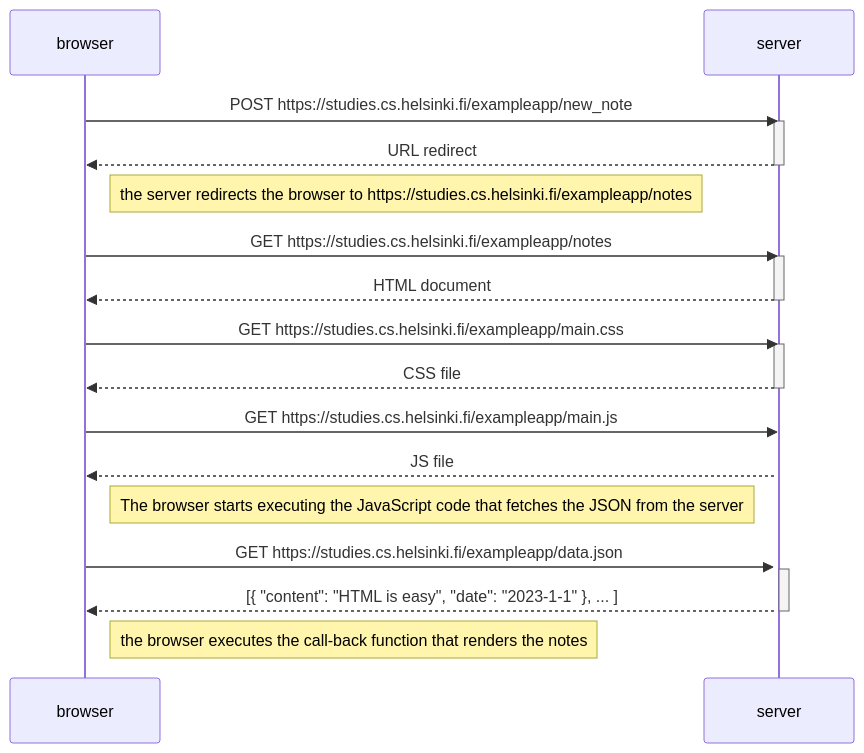
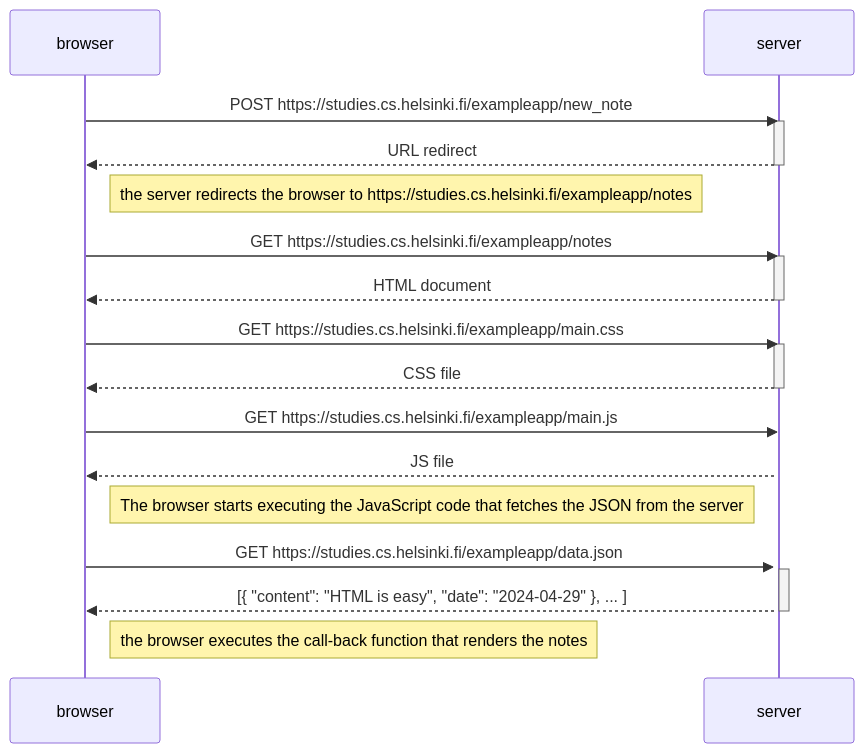
Before and after one commit to Brightini/fullstackopen_exercises: the diagram in part0/New note diagram/README.md, drawn with Mermaid. The commit also changed 2 other files, not shown here.

Commit message:
Updated readme file

````diff
--- a/part0/New note diagram/README.md
+++ b/part0/New note diagram/README.md
@@ -1,35 +1,35 @@
 ```mermaid
 sequenceDiagram
     participant browser
     participant server
 
     browser->>server: POST https://studies.cs.helsinki.fi/exampleapp/new_note
     activate server
     server-->>browser: URL redirect
     deactivate server
 
     Note right of browser: the server redirects the browser to https://studies.cs.helsinki.fi/exampleapp/notes
 
     browser->>server: GET https://studies.cs.helsinki.fi/exampleapp/notes
     activate server
     server-->>browser: HTML document
     deactivate server
 
     browser->>server: GET https://studies.cs.helsinki.fi/exampleapp/main.css
     activate server
     server-->>browser: CSS file
     deactivate server
 
     browser->>server: GET https://studies.cs.helsinki.fi/exampleapp/main.js
     activate server
     server-->>browser: JS file
 
     Note right of browser: The browser starts executing the JavaScript code that fetches the JSON from the server
 
     browser->>server: GET https://studies.cs.helsinki.fi/exampleapp/data.json
     activate server
-    server-->>browser: [{ "content": "HTML is easy", "date": "2023-1-1" }, ... ]
+    server-->>browser: [{ "content": "HTML is easy", "date": "2024-04-29" }, ... ]
     deactivate server
 
     Note right of browser: the browser executes the call-back function that renders the notes
 ```
````
